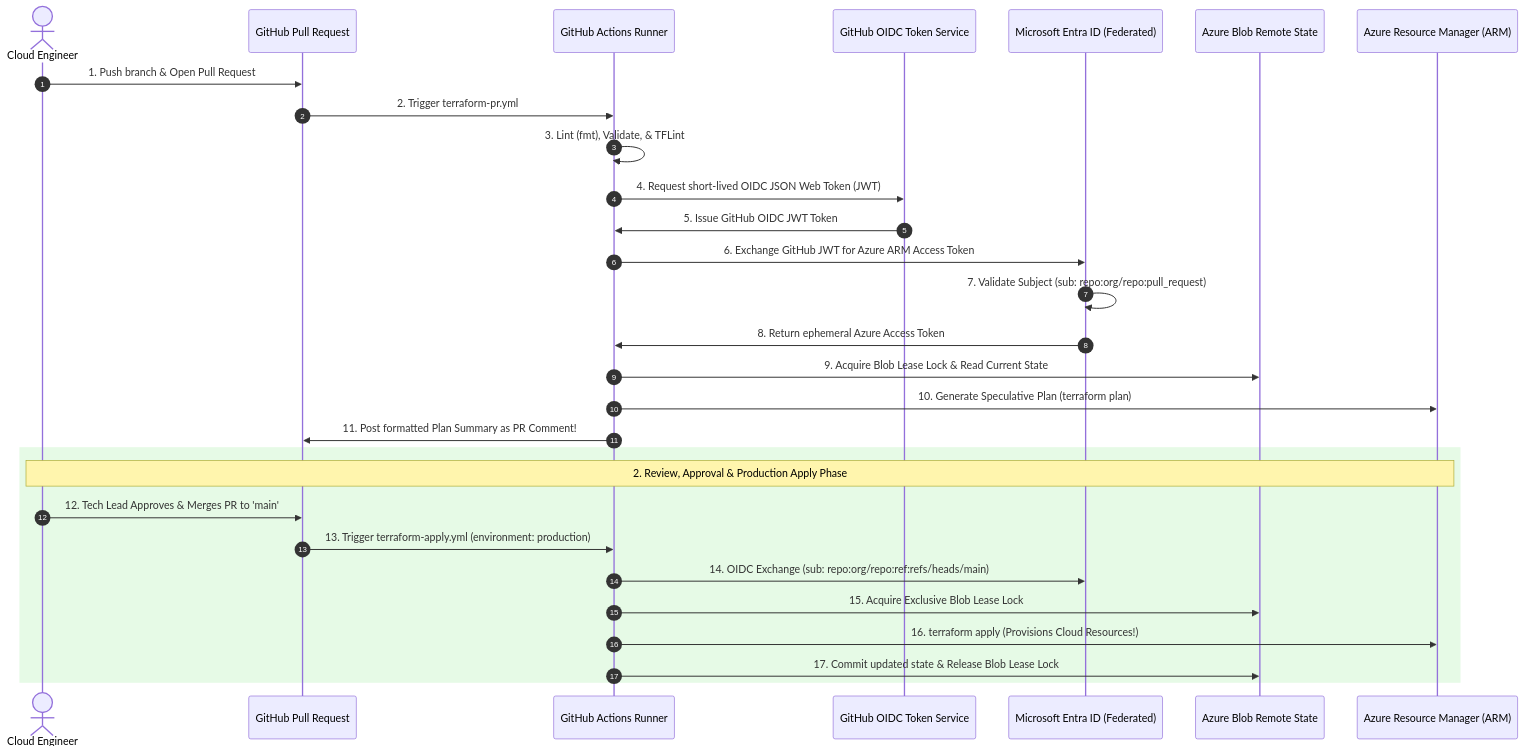
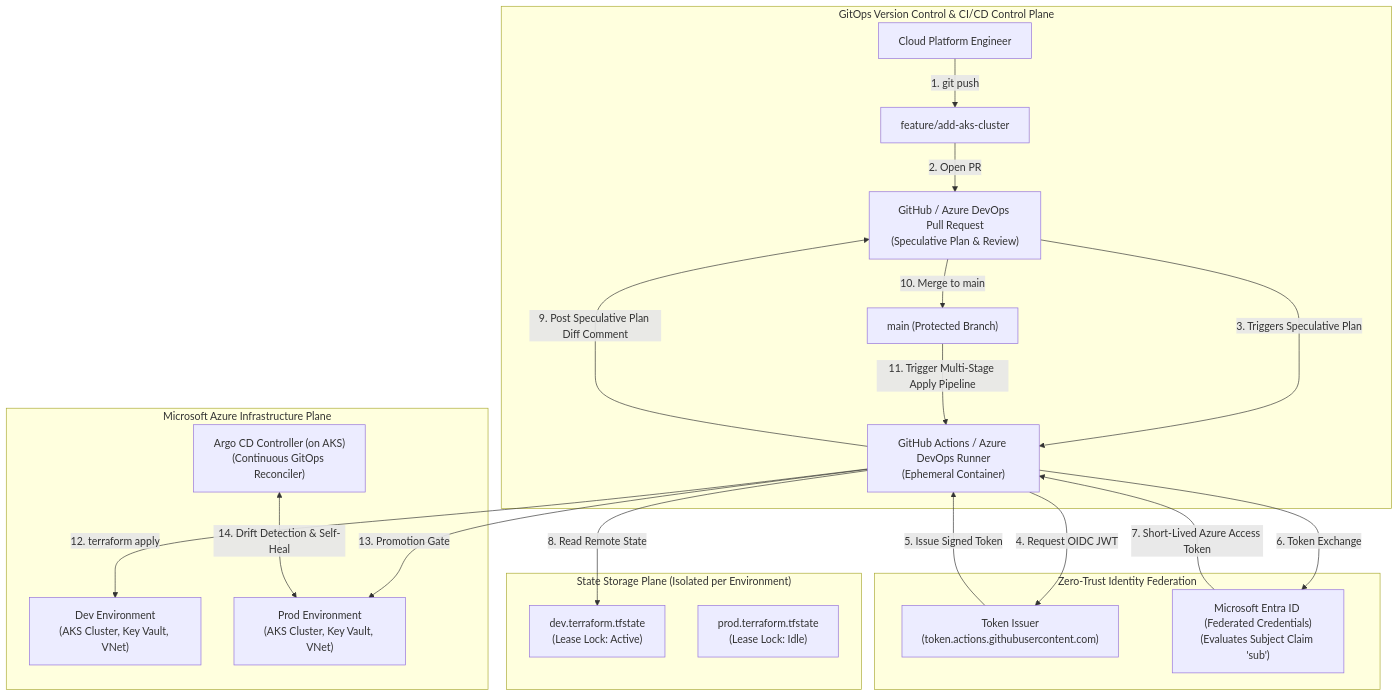
One commit to kmashour/BrainDump changed the first of 2 diagrams in Reference Notes/14-7_terraform_azure_github_actions_cicd_automation.md. Above: the diagram before and after it, drawn with Mermaid. The commit also changed other lines of this file and 4 other files, not shown here.

Commit message:
feat(terraform-azure): complete deep re-ingestion of modules 14-4 through 14-7 and MOC index with first-principles HCL syntax, provider inversion, aztfy state surgery, and OIDC GitOps

````diff
--- a/Reference Notes/14-7_terraform_azure_github_actions_cicd_automation.md
+++ b/Reference Notes/14-7_terraform_azure_github_actions_cicd_automation.md
@@ -31,33 +37,41 @@
 ```mermaid
-sequenceDiagram
-    autonumber
-    actor Dev as Cloud Engineer
-    participant PR as GitHub Pull Request
-    participant GHA as GitHub Actions Runner
-    participant OIDC as GitHub OIDC Token Service
-    participant Entra as Microsoft Entra ID (Federated)
-    participant State as Azure Blob Remote State
-    participant ARM as Azure Resource Manager (ARM)
+flowchart TD
+    subgraph GitOpsPlane ["GitOps Version Control & CI/CD Control Plane"]
+        Engineer["Cloud Platform Engineer"]
+        FeatureBranch["feature/add-aks-cluster"]
+        PR["GitHub / Azure DevOps Pull Request\n(Speculative Plan & Review)"]
+        MainBranch["main (Protected Branch)"]
+        GHA["GitHub Actions / Azure DevOps Runner\n(Ephemeral Container)"]
+    end
 
-    Dev->>PR: 1. Push branch & Open Pull Request
-    PR->>GHA: 2. Trigger terraform-pr.yml
-    GHA->>GHA: 3. Lint (fmt), Validate, & TFLint
-    GHA->>OIDC: 4. Request short-lived OIDC JSON Web Token (JWT)
-    OIDC->>GHA: 5. Issue GitHub OIDC JWT Token
-    GHA->>Entra: 6. Exchange GitHub JWT for Azure ARM Access Token
-    Entra->>Entra: 7. Validate Subject (sub: repo:org/repo:pull_request)
-    Entra->>GHA: 8. Return ephemeral Azure Access Token
-    GHA->>State: 9. Acquire Blob Lease Lock & Read Current State
-    GHA->>ARM: 10. Generate Speculative Plan (terraform plan)
-    GHA->>PR: 11. Post formatted Plan Summary as PR Comment!
-    
-    rect rgb(230, 250, 230)
-    note over Dev,ARM: 2. Review, Approval & Production Apply Phase
-    Dev->>PR: 12. Tech Lead Approves & Merges PR to 'main'
-    PR->>GHA: 13. Trigger terraform-apply.yml (environment: production)
-    GHA->>Entra: 14. OIDC Exchange (sub: repo:org/repo:ref:refs/heads/main)
-    GHA->>State: 15. Acquire Exclusive Blob Lease Lock
-    GHA->>ARM: 16. terraform apply (Provisions Cloud Resources!)
-    GHA->>State: 17. Commit updated state & Release Blob Lease Lock
+    subgraph AuthPlane ["Zero-Trust Identity Federation"]
+        OIDCIssuer["Token Issuer\n(token.actions.githubusercontent.com)"]
+        EntraID["Microsoft Entra ID (Federated Credentials)\n(Evaluates Subject Claim 'sub')"]
     end
+
+    subgraph StoragePlane ["State Storage Plane (Isolated per Environment)"]
+        DevState["dev.terraform.tfstate\n(Lease Lock: Active)"]
+        ProdState["prod.terraform.tfstate\n(Lease Lock: Idle)"]
+    end
+
+    subgraph CloudPlane ["Microsoft Azure Infrastructure Plane"]
+        DevInfra["Dev Environment\n(AKS Cluster, Key Vault, VNet)"]
+        ProdInfra["Prod Environment\n(AKS Cluster, Key Vault, VNet)"]
+        ArgoCD["Argo CD Controller (on AKS)\n(Continuous GitOps Reconciler)"]
+    end
+
+    Engineer -->|1. git push| FeatureBranch
+    FeatureBranch -->|2. Open PR| PR
+    PR -->|3. Triggers Speculative Plan| GHA
+    GHA -->|4. Request OIDC JWT| OIDCIssuer
+    OIDCIssuer -->|5. Issue Signed Token| GHA
+    GHA -->|6. Token Exchange| EntraID
+    EntraID -->|7. Short-Lived Azure Access Token| GHA
+    GHA -->|8. Read Remote State| DevState
+    GHA -->|9. Post Speculative Plan Diff Comment| PR
+    PR -->|10. Merge to main| MainBranch
+    MainBranch -->|11. Trigger Multi-Stage Apply Pipeline| GHA
+    GHA -->|12. terraform apply| DevInfra
+    GHA -->|13. Promotion Gate| ProdInfra
+    ArgoCD <-->|14. Drift Detection & Self-Heal| ProdInfra
 ```
````
